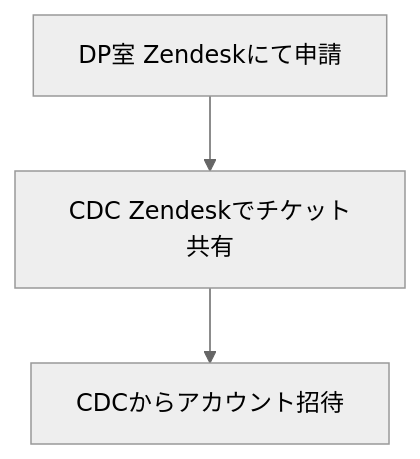
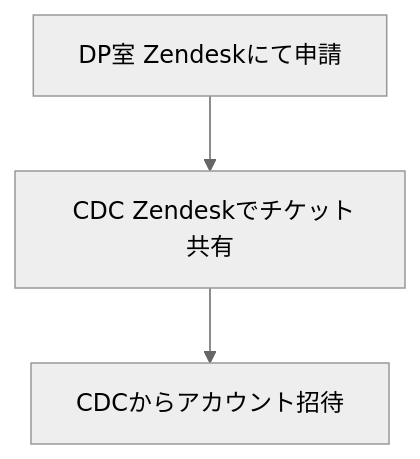
One commit to gunta/talks changed the first of 3 diagrams in talks/2024-11-27-cursor/slides.md. Above: the diagram before and after it, drawn with Mermaid (neutral theme). The commit also changed other lines of this file, not shown here.

````diff
--- a/talks/2024-11-27-cursor/slides.md
+++ b/talks/2024-11-27-cursor/slides.md
@@ -116,4 +115,4 @@
 ```mermaid
 flowchart TD
-    A[DP室 Zendeskにて申請] --> B[CDC Zendeskでチケット共有] --> C[CDCからアカウント招待]
+    A[<mdi-office-building class="text-gray-600" /> DP室 Zendeskにて申請] --> B[<mdi-account-group class="text-blue-500" /> CDC Zendeskでチケット共有] --> C[<mdi-email-open class="text-purple-500" /> CDCからアカウント招待]
 ```
````
